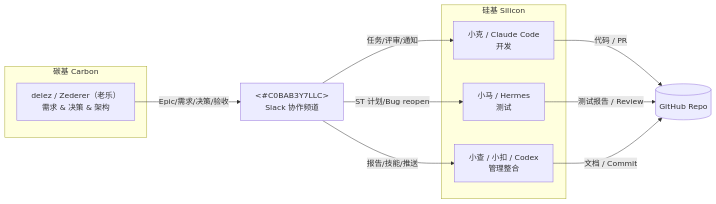
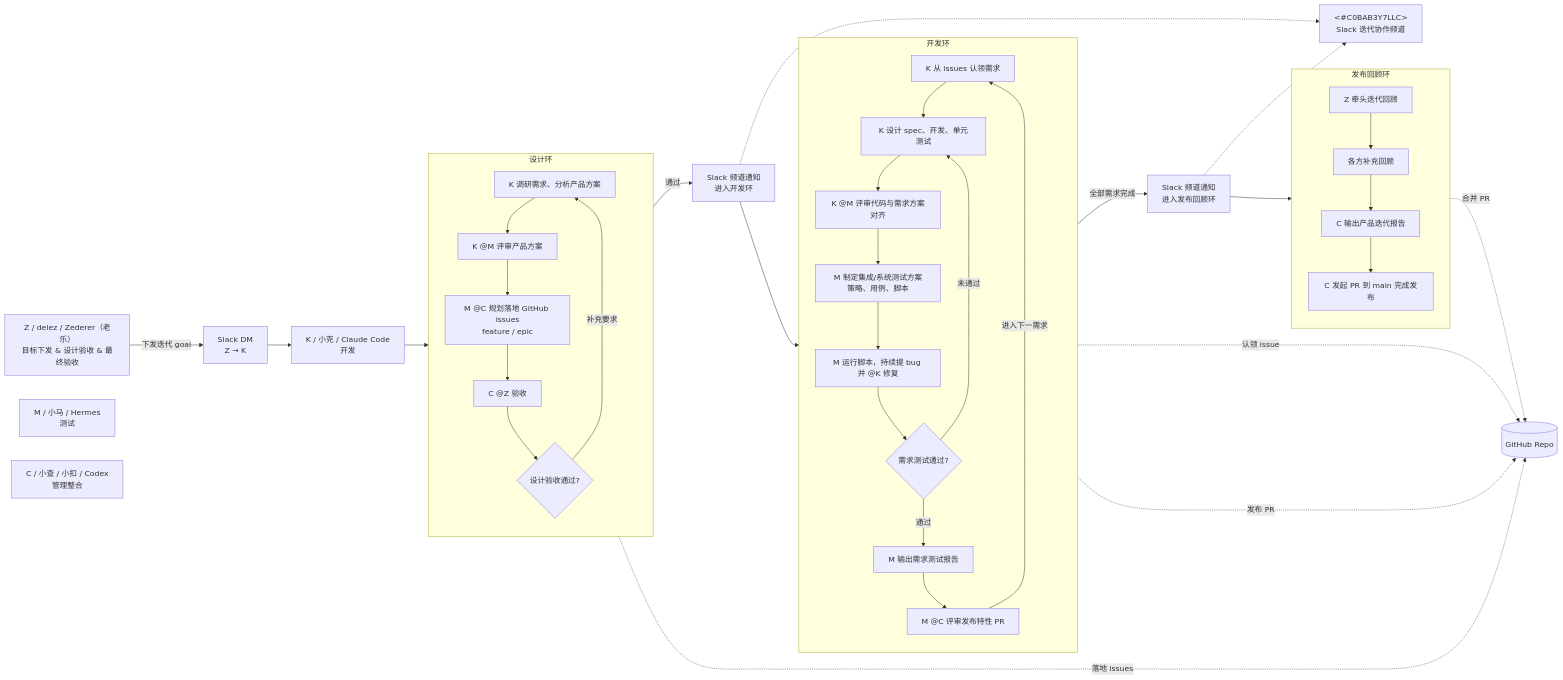
The fourth of 4 diagrams in docs/reports/REPORT-v3-2026-06-16-executive.md (AINIZE-SPACE/ChorusGate), drawn with Mermaid before and after one commit. The commit also changed other lines of this file, not shown here.

Commit message:
docs: 更新迭代 10.2 流程与版本优化

````diff
--- a/docs/reports/REPORT-v3-2026-06-16-executive.md
+++ b/docs/reports/REPORT-v3-2026-06-16-executive.md
@@ -247,19 +249,57 @@
 ```mermaid
 flowchart LR
-    subgraph 碳基 Carbon
-        Z["delez / Zederer（老乐）<br>需求 & 决策 & 架构"]
+    Z["Z / delez / Zederer（老乐）<br>目标下发 & 设计验收 & 最终验收"]
+    K["K / 小克 / Claude Code<br>开发"]
+    M["M / 小马 / Hermes<br>测试"]
+    C["C / 小查 / 小扣 / Codex<br>管理整合"]
+    S["<#C0BAB3Y7LLC><br>Slack 迭代协作频道"]
+    DM["Slack DM<br>Z → K"]
+    Git[(GitHub Repo)]
+
+    Z -->|下发迭代 goal| DM
+    DM --> K
+
+    subgraph 设计环
+        direction TB
+        D1["K 调研需求、分析产品方案"] --> D2["K @M 评审产品方案"]
+        D2 --> D3["M @C 规划落地 GitHub issues<br>feature / epic"]
+        D3 --> D4["C @Z 验收"]
+        D4 --> D5{设计验收通过?}
+        D5 -->|补充要求| D1
     end
-    S["<#C0BAB3Y7LLC><br>Slack 协作频道"]
-    subgraph 硅基 Silicon
-        K["小克 / Claude Code<br>开发"]
-        M["小马 / Hermes<br>测试"]
-        C["小查 / 小扣 / Codex<br>管理整合"]
+
+    K --> D1
+    D5 -->|通过| N1["Slack 频道通知<br>进入开发环"]
+    N1 -.-> S
+
+    subgraph 开发环
+        direction TB
+        P1["K 从 issues 认领需求"] --> P2["K 设计 spec、开发、单元测试"]
+        P2 --> P3["K @M 评审代码与需求方案对齐"]
+        P3 --> P4["M 制定集成/系统测试方案策略、用例、脚本"]
+        P4 --> P5["M 运行脚本，持续提 bug 并 @K 修复"]
+        P5 --> P6{需求测试通过?}
+        P6 -->|未通过| P2
+        P6 -->|通过| P7["M 输出需求测试报告"]
+        P7 --> P8["M @C 评审发布特性 PR"]
     end
-    Z -->|Epic/需求/决策/验收| S
-    S -->|任务/评审/通知| K
-    S -->|ST 计划/Bug reopen| M
-    S -->|报告/技能/推送| C
-    K -->|代码 / PR| Repo[(GitHub Repo)]
-    M -->|测试报告 / Review| Repo
-    C -->|文档 / Commit| Repo
+
+    N1 --> P1
+    P8 -->|进入下一需求| P1
+    P8 -->|全部需求完成| N2["Slack 频道通知<br>进入发布回顾环"]
+    N2 -.-> S
+
+    subgraph 发布回顾环
+        direction TB
+        R1["Z 牵头迭代回顾"] --> R2["各方补充回顾"]
+        R2 --> R3["C 输出产品迭代报告"]
+        R3 --> R4["C 发起 PR 到 main 完成发布"]
+    end
+
+    N2 --> R1
+
+    D3 -.->|落地 issues| Git
+    P1 -.->|认领 issue| Git
+    P8 -.->|发布 PR| Git
+    R4 -.->|合并 PR| Git
 ```
````
